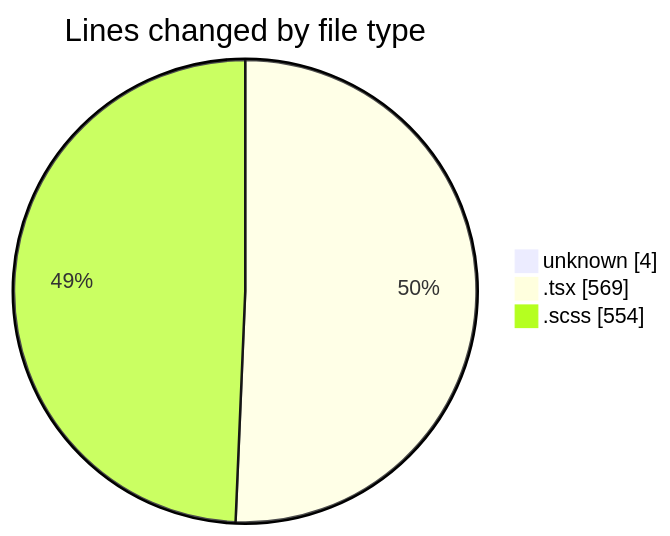
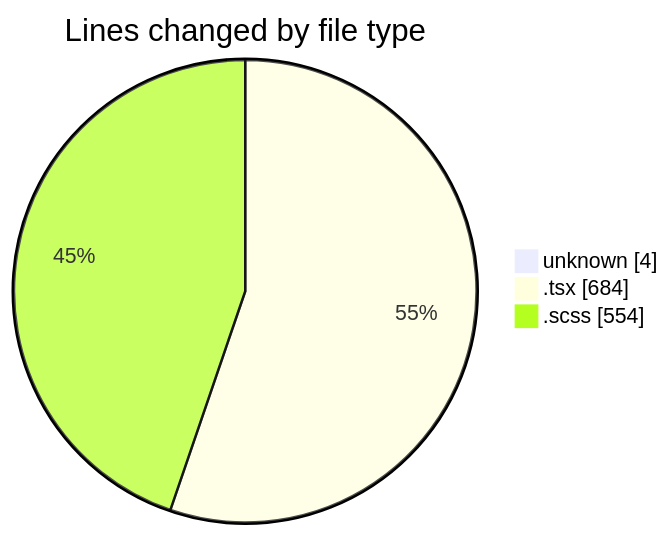
One commit to momahboobian/code-tracking changed the first of 2 diagrams in 2025-02-14/cda/README.md. Above: the diagram before and after it, drawn with Mermaid. The commit also changed other lines of this file and 1 other file, not shown here.

````diff
--- a/2025-02-14/cda/README.md
+++ b/2025-02-14/cda/README.md
@@ -24,7 +26,7 @@
 ```mermaid
 pie showData
 title Lines changed by file type
 "unknown" : 4
-".tsx" : 569
+".tsx" : 684
 ".scss" : 554
 ```
````
